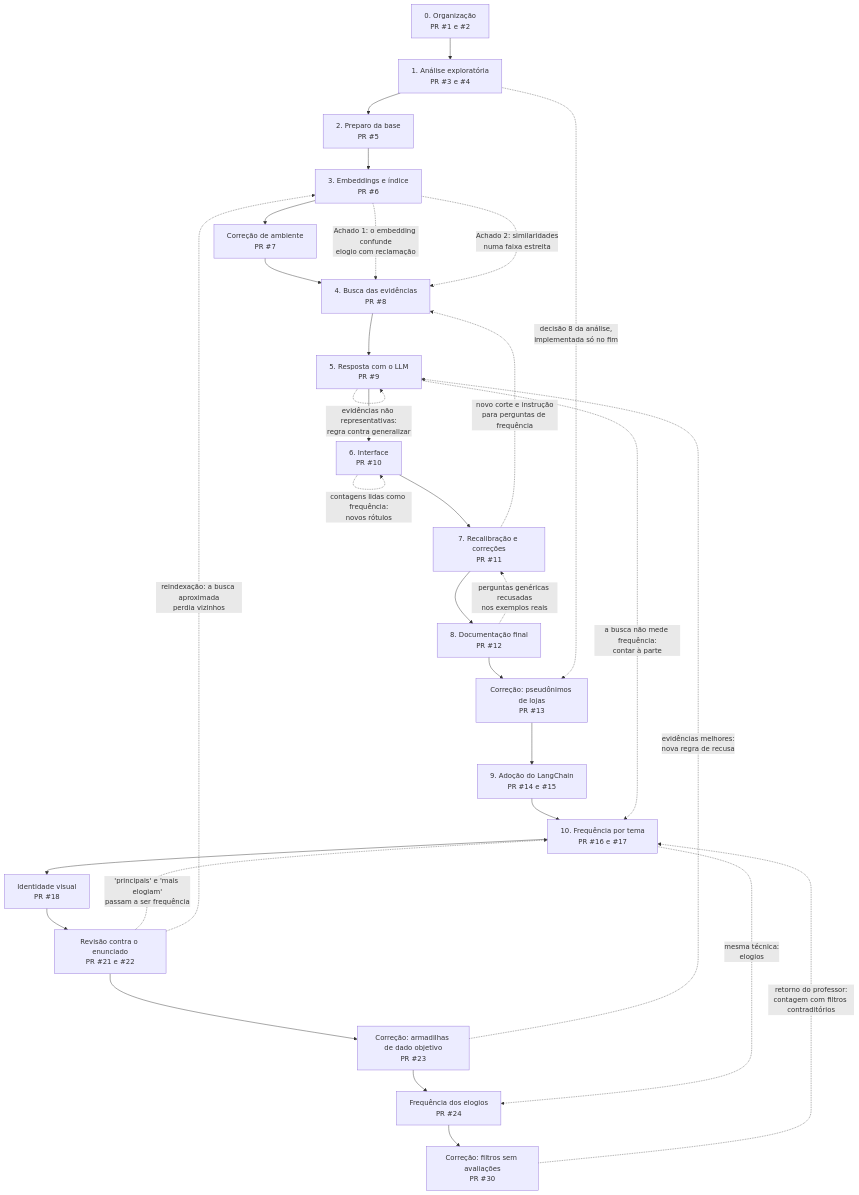
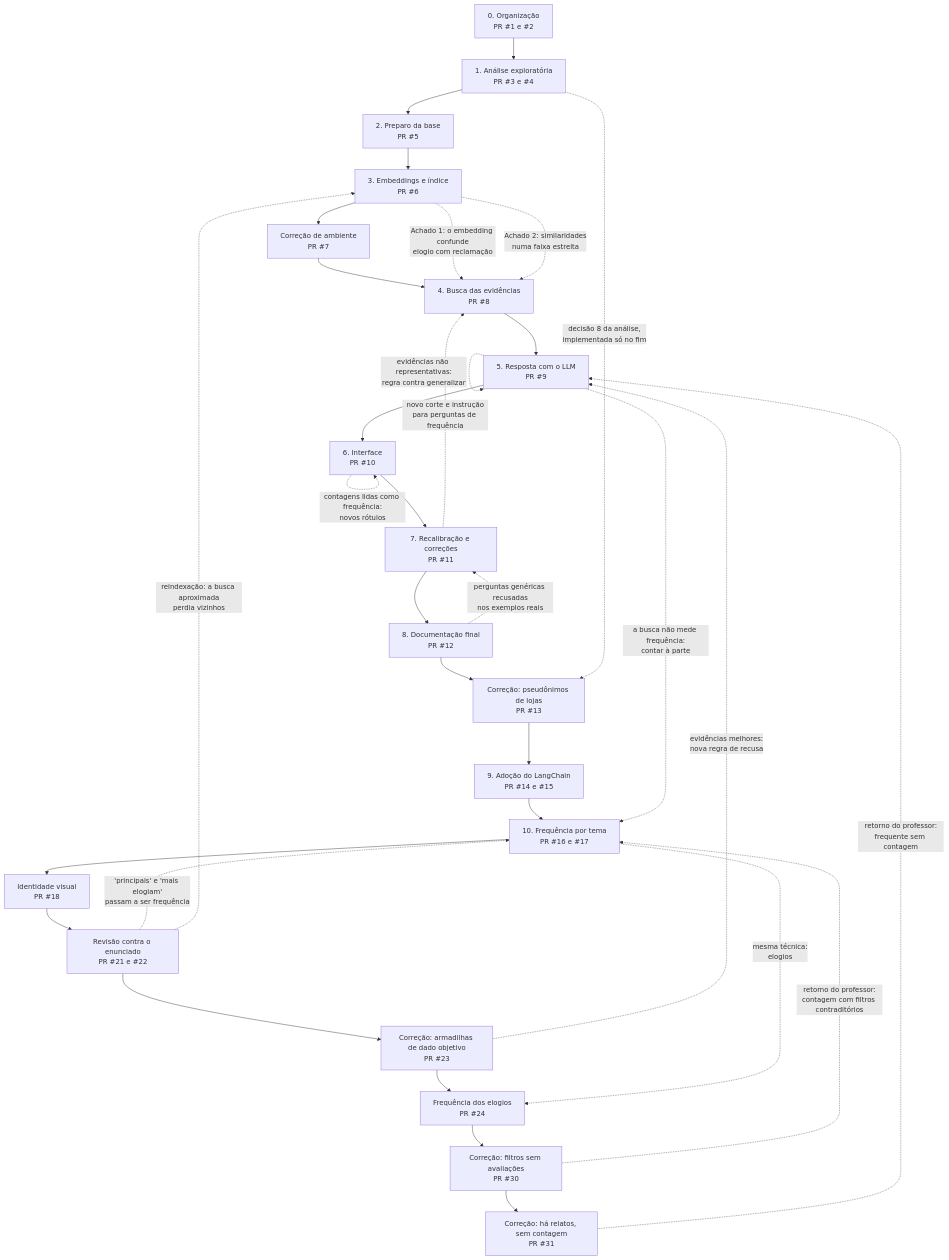
Before and after one commit to Dinaldorc/tech-challenge-fase4: the diagram in docs/processo.md, drawn with Mermaid. The commit also changed other lines of this file and 5 other files, not shown here.

First line of the commit message:
Troca "frequentes" por "ha relatos" nas respostas sem contagem

````diff
--- a/docs/processo.md
+++ b/docs/processo.md
@@ -16,34 +16,36 @@
 ```mermaid
 flowchart TD
     E0["0. Organização<br/>PR #1 e #2"] --> E1["1. Análise exploratória<br/>PR #3 e #4"]
     E1 --> E2["2. Preparo da base<br/>PR #5"]
     E2 --> E3["3. Embeddings e índice<br/>PR #6"]
     E3 --> E3b["Correção de ambiente<br/>PR #7"]
     E3b --> E4["4. Busca das evidências<br/>PR #8"]
     E4 --> E5["5. Resposta com o LLM<br/>PR #9"]
     E5 --> E6["6. Interface<br/>PR #10"]
     E6 --> E7["7. Recalibração e correções<br/>PR #11"]
     E7 --> E8["8. Documentação final<br/>PR #12"]
     E8 --> E9["Correção: pseudônimos de lojas<br/>PR #13"]
     E9 --> E10["9. Adoção do LangChain<br/>PR #14 e #15"]
     E10 --> E11["10. Frequência por tema<br/>PR #16 e #17"]
     E11 --> E12["Identidade visual<br/>PR #18"]
     E12 --> E13["Revisão contra o enunciado<br/>PR #21 e #22"]
     E13 --> E14["Correção: armadilhas de dado objetivo<br/>PR #23"]
     E14 --> E15["Frequência dos elogios<br/>PR #24"]
     E15 --> E16["Correção: filtros sem avaliações<br/>PR #30"]
+    E16 --> E17["Correção: há relatos, sem contagem<br/>PR #31"]
     E13 -.->|"'principais' e 'mais elogiam'<br/>passam a ser frequência"| E11
     E5 -.->|"a busca não mede frequência:<br/>contar à parte"| E11
     E13 -.->|"reindexação: a busca aproximada<br/>perdia vizinhos"| E3
     E14 -.->|"evidências melhores:<br/>nova regra de recusa"| E5
     E11 -.->|"mesma técnica:<br/>elogios"| E15
     E16 -.->|"retorno do professor:<br/>contagem com filtros contraditórios"| E11
+    E17 -.->|"retorno do professor:<br/>frequente sem contagem"| E5
 
     E3 -.->|"Achado 1: o embedding confunde<br/>elogio com reclamação"| E4
     E3 -.->|"Achado 2: similaridades<br/>numa faixa estreita"| E4
     E5 -.->|"evidências não representativas:<br/>regra contra generalizar"| E5
     E6 -.->|"contagens lidas como frequência:<br/>novos rótulos"| E6
     E8 -.->|"perguntas genéricas recusadas<br/>nos exemplos reais"| E7
     E7 -.->|"novo corte e instrução<br/>para perguntas de frequência"| E4
     E1 -.->|"decisão 8 da análise,<br/>implementada só no fim"| E9
 ```
````
